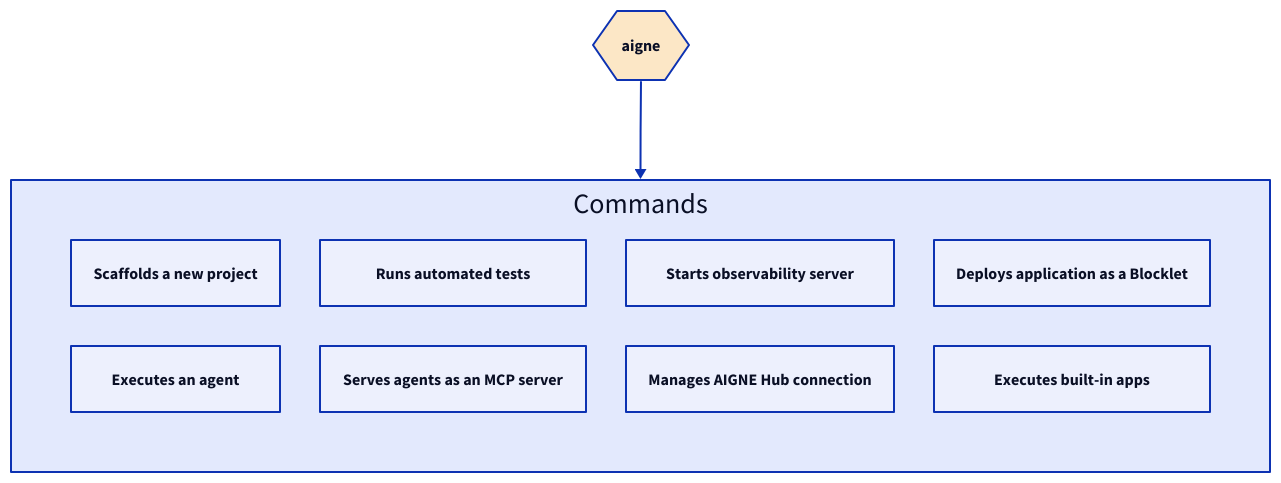
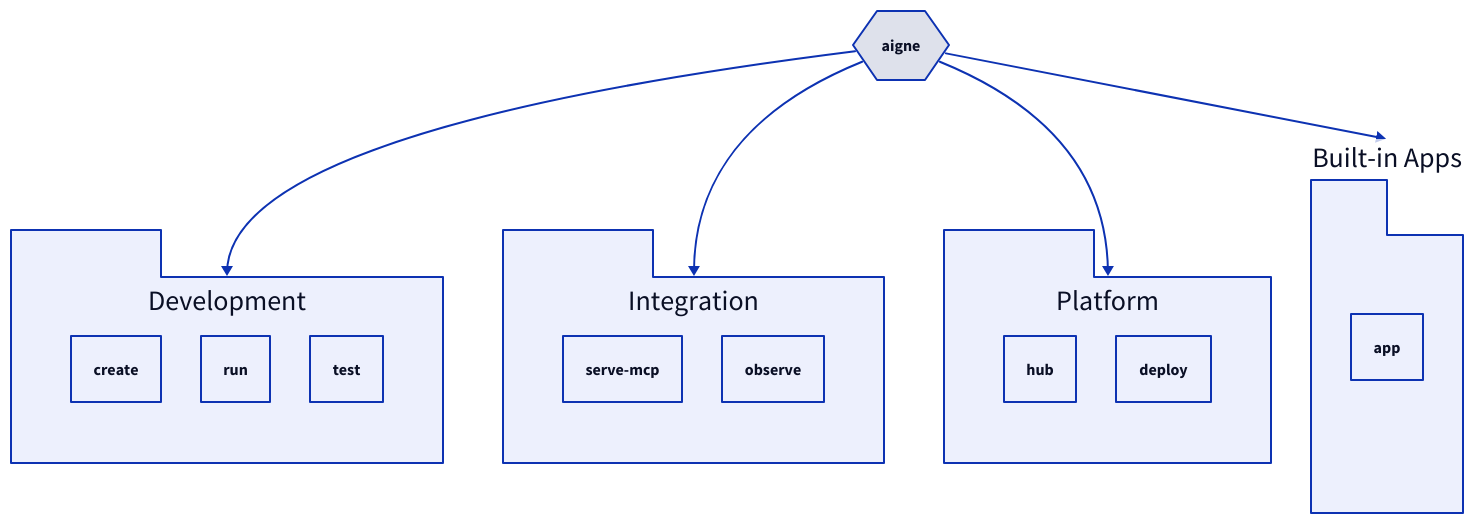
One commit to AIGNE-io/aigne-framework changed the diagram in packages/cli/docs/command-reference.md. Above: the diagram before and after it, drawn with D2. The commit also changed 38 other files, not shown here.

````diff
--- a/packages/cli/docs/command-reference.md
+++ b/packages/cli/docs/command-reference.md
@@ -13,22 +13,41 @@
 ```d2
 direction: down
 
-"aigne": {
+aigne: {
+  label: "aigne"
   shape: hexagon
-  style.fill: "#fce7c6"
 }
 
-"Commands": {
-  grid-columns: 4
-  "create": "Scaffolds a new project"
-  "run": "Executes an agent"
-  "test": "Runs automated tests"
-  "serve-mcp": "Serves agents as an MCP server"
-  "observe": "Starts observability server"
-  "hub": "Manages AIGNE Hub connection"
-  "deploy": "Deploys application as a Blocklet"
-  "app": "Executes built-in apps"
+Development: {
+  shape: package
+  grid-columns: 3
+  create: { label: "create" }
+  run: { label: "run" }
+  test: { label: "test" }
 }
 
-"aigne" -> "Commands"
+Integration: {
+  shape: package
+  grid-columns: 2
+  serve-mcp: { label: "serve-mcp" }
+  observe: { label: "observe" }
+}
+
+Platform: {
+  shape: package
+  grid-columns: 2
+  hub: { label: "hub" }
+  deploy: { label: "deploy" }
+}
+
+Built-in-Apps: {
+  label: "Built-in Apps"
+  shape: package
+  app: { label: "app" }
+}
+
+aigne -> Development
+aigne -> Integration
+aigne -> Platform
+aigne -> Built-in-Apps
 ```
````
